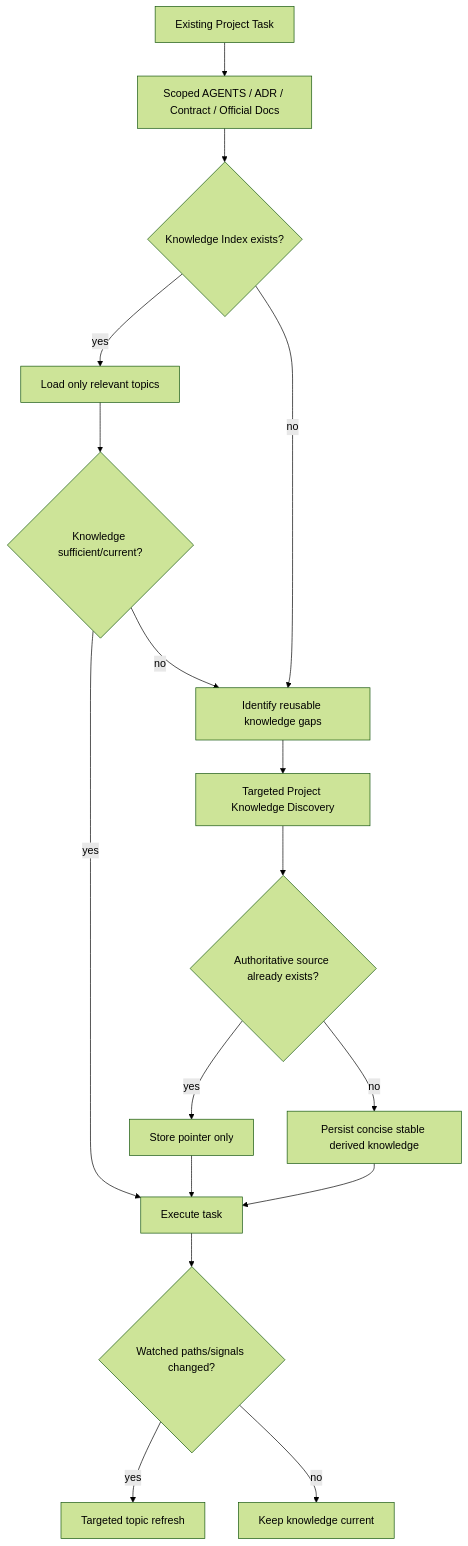
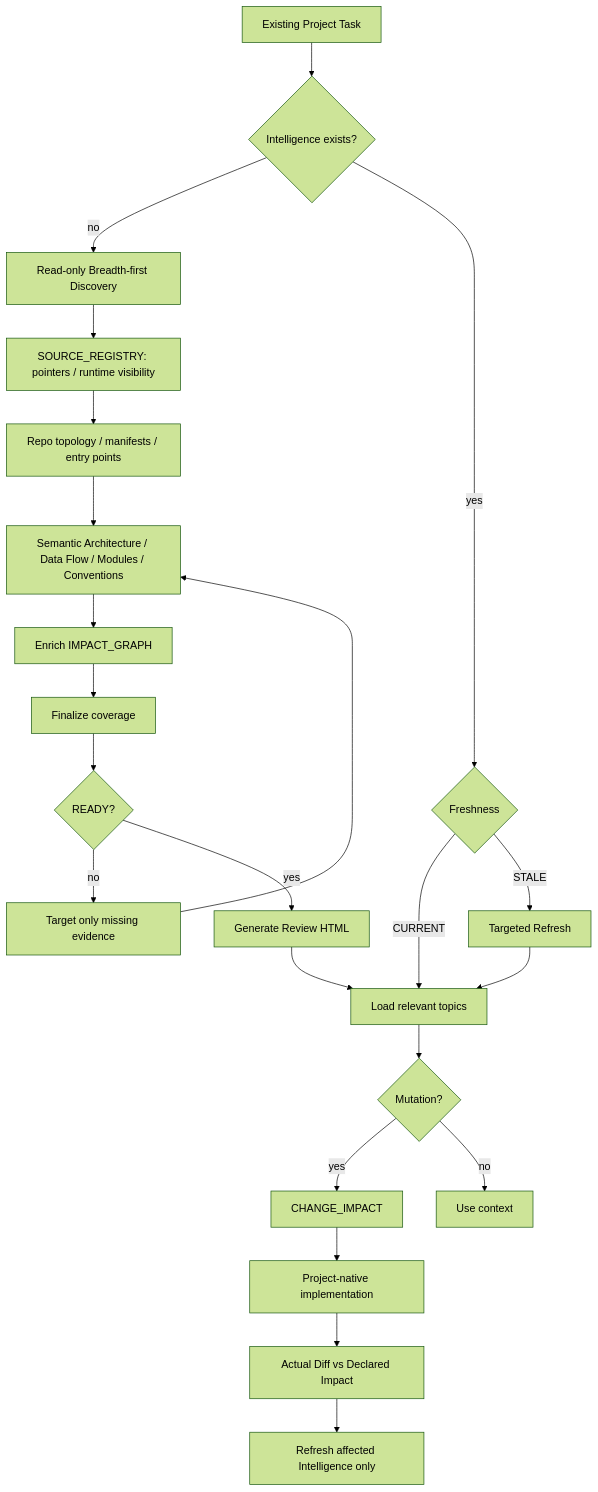
One commit to LucasLu3918/ai-product-system changed diagram 19 of 20 in docs/ARCHITECTURE.md. Above: the diagram before and after it, drawn with Mermaid (forest theme). The commit also changed other lines of this file and 6 other files, not shown here.

Commit message:
docs(architecture): map turn harness intelligence and impact lifecycle

```diff
--- a/docs/ARCHITECTURE.md
+++ b/docs/ARCHITECTURE.md
@@ -461,19 +453,25 @@
 ~~~mermaid
 flowchart TD
-    T[Existing Project Task] --> A[Scoped AGENTS / ADR / Contract / Official Docs]
-    A --> K{Knowledge Index exists?}
-    K -->|yes| L[Load only relevant topics]
-    K -->|no| G[Identify reusable knowledge gaps]
-    L --> S{Knowledge sufficient/current?}
-    S -->|yes| E[Execute task]
-    S -->|no| G
-    G --> D[Targeted Project Knowledge Discovery]
-    D --> X{Authoritative source already exists?}
-    X -->|yes| PTR[Store pointer only]
-    X -->|no| PERSIST[Persist concise stable derived knowledge]
-    PTR --> E
-    PERSIST --> E
-    E --> C{Watched paths/signals changed?}
-    C -->|yes| REFRESH[Targeted topic refresh]
-    C -->|no| END[Keep knowledge current]
+    T[Existing Project Task] --> S{Intelligence exists?}
+    S -->|no| D[Read-only Breadth-first Discovery]
+    S -->|yes| F{Freshness}
+    F -->|CURRENT| C[Load relevant topics]
+    F -->|STALE| TR[Targeted Refresh]
+    D --> SRC[SOURCE_REGISTRY: pointers / runtime visibility]
+    SRC --> INV[Repo topology / manifests / entry points]
+    INV --> SEM[Semantic Architecture / Data Flow / Modules / Conventions]
+    SEM --> IG[Enrich IMPACT_GRAPH]
+    IG --> FIN[Finalize coverage]
+    FIN --> READY{READY?}
+    READY -->|no| GAP[Target only missing evidence]
+    GAP --> SEM
+    READY -->|yes| HTML[Generate Review HTML]
+    HTML --> C
+    TR --> C
+    C --> M{Mutation?}
+    M -->|yes| IMP[CHANGE_IMPACT]
+    IMP --> X[Project-native implementation]
+    X --> DIFF[Actual Diff vs Declared Impact]
+    DIFF --> REF[Refresh affected Intelligence only]
+    M -->|no| END[Use context]
 ~~~
```
